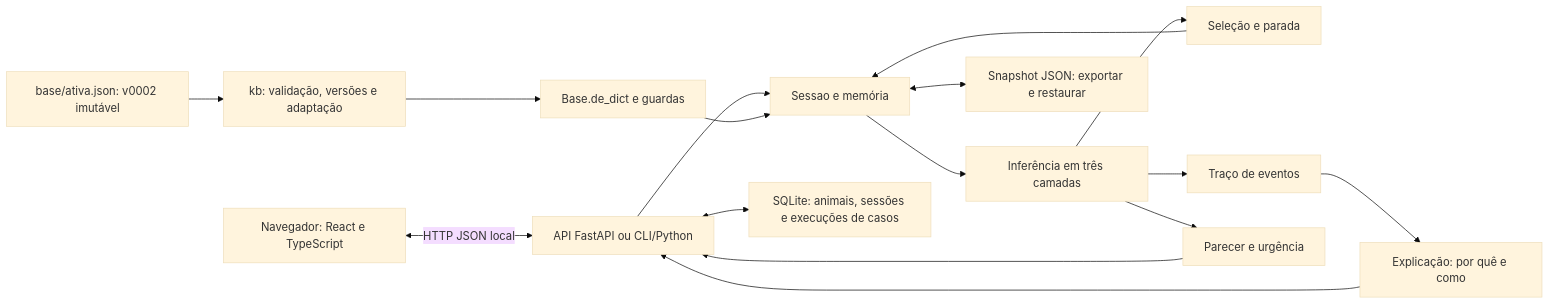
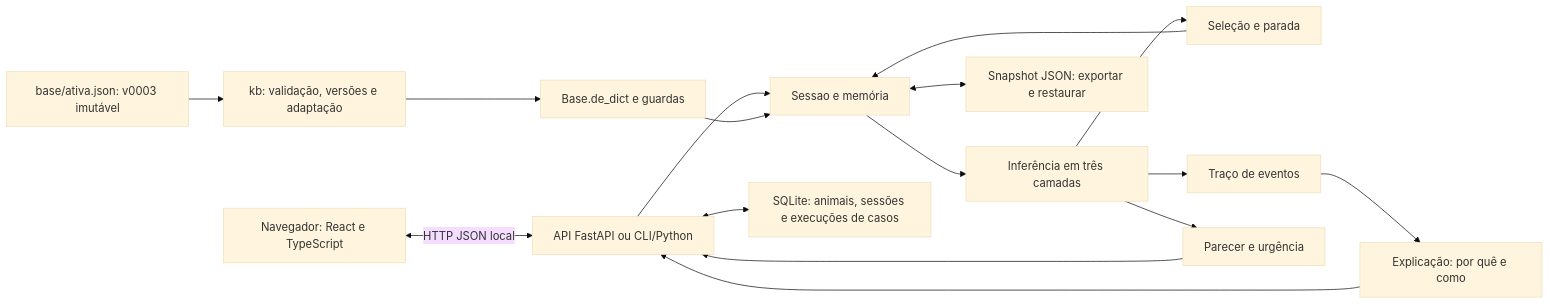
One commit to Caio-Augusto-Paiva/HackAthon changed the diagram in docs/entrega/02-arquitetura.md. Above: the diagram before and after it, drawn with Mermaid (base theme). The commit also changed other lines of this file and 5 other files, not shown here.

Commit message:
docs(entrega): atualiza para a base ativa v0003

````diff
--- a/docs/entrega/02-arquitetura.md
+++ b/docs/entrega/02-arquitetura.md
@@ -7,18 +7,18 @@
 ```mermaid
 flowchart LR
     W[Navegador: React e TypeScript] <-->|HTTP JSON local| C
-    J[base/ativa.json: v0002 imutável] --> K[kb: validação, versões e adaptação]
+    J[base/ativa.json: v0003 imutável] --> K[kb: validação, versões e adaptação]
     K --> V[Base.de_dict e guardas]
     C[API FastAPI ou CLI/Python] --> S[Sessao e memória]
     V --> S
     S --> I[Inferência em três camadas]
     I --> Q[Seleção e parada]
     Q --> S
     I --> T[Traço de eventos]
     T --> E[Explicação: por quê e como]
     I --> P[Parecer e urgência]
     E --> C
     P --> C
     S <--> R[Snapshot JSON: exportar e restaurar]
     C <--> D[SQLite: animais, sessões e execuções de casos]
 ```
````
